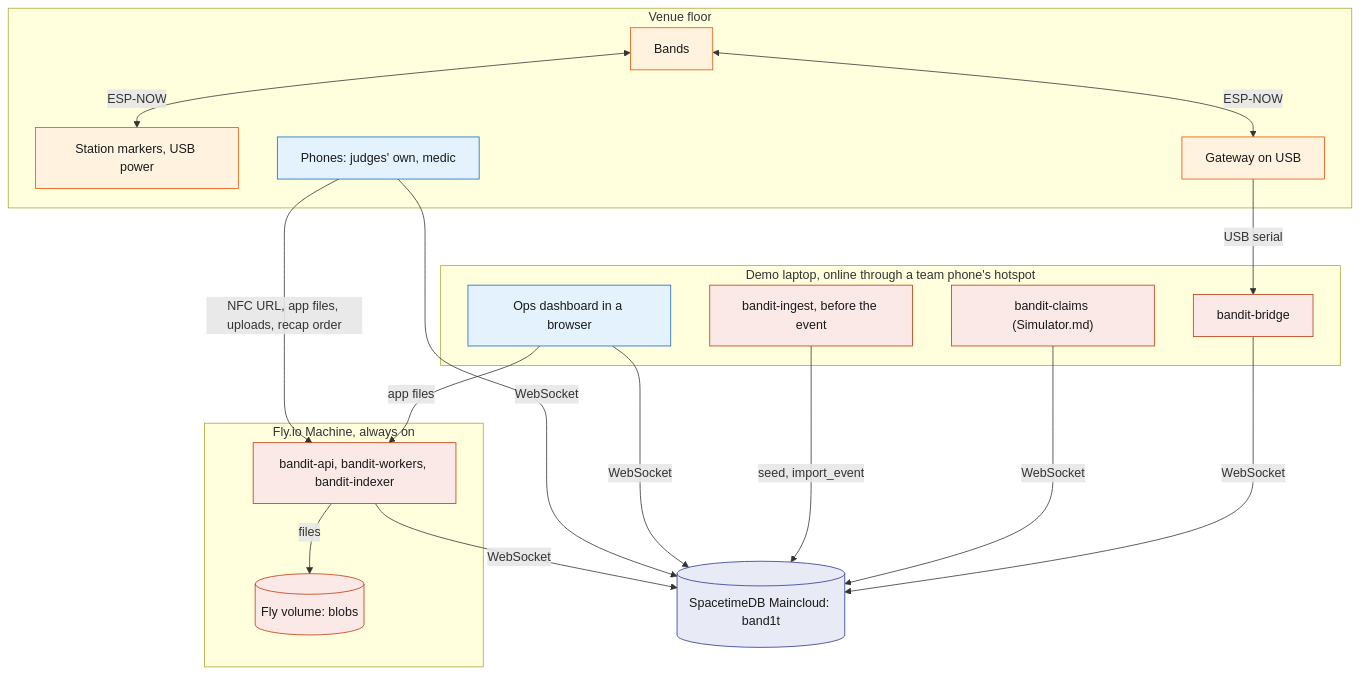
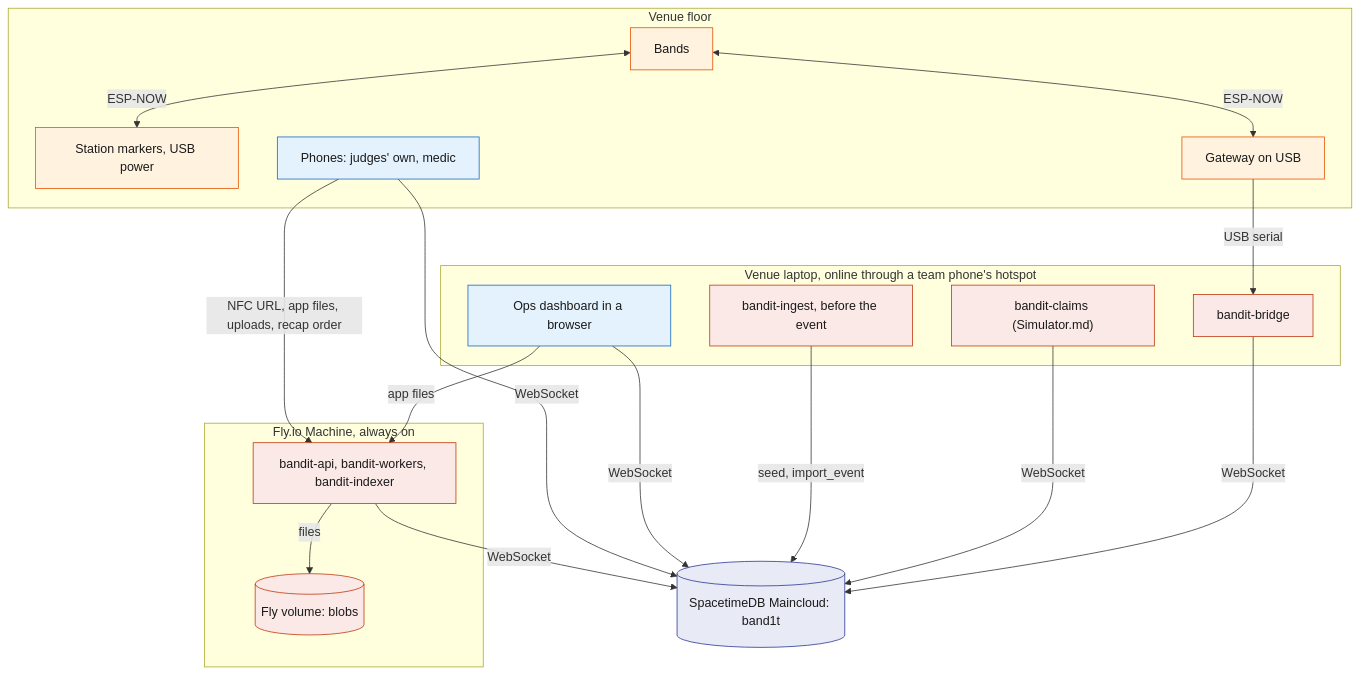
One commit to viktorinkov/cal-hacks-13 changed the fifth of 5 diagrams in System Design/1-overview/Architecture.md. Above: the diagram before and after it, drawn with Mermaid. The commit also changed other lines of this file and 22 other files, not shown here.

````diff
--- a/System Design/1-overview/Architecture.md
+++ b/System Design/1-overview/Architecture.md
@@ -276,42 +276,42 @@
 ```mermaid
 flowchart TB
   subgraph Floor["Venue floor"]
     Bands["Bands"]
     Stations["Station markers, USB power"]
     Gateway["Gateway on USB"]
     Phones["Phones: judges' own, medic"]
   end
-  subgraph Laptop["Demo laptop, online through a team phone's hotspot"]
+  subgraph Laptop["Venue laptop, online through a team phone's hotspot"]
     Bridge["bandit-bridge"]
     Sim["bandit-claims (Simulator.md)"]
     Ingest["bandit-ingest, before the event"]
     OpsUI["Ops dashboard in a browser"]
   end
   subgraph Fly["Fly.io Machine, always on"]
     Svc["bandit-api, bandit-workers, bandit-indexer"]
     Vol[("Fly volume: blobs")]
   end
   Maincloud[("SpacetimeDB Maincloud: band1t")]
 
   Bands <-->|"ESP-NOW"| Stations
   Bands <-->|"ESP-NOW"| Gateway
   Gateway -->|"USB serial"| Bridge
   Bridge -->|"WebSocket"| Maincloud
   Sim -->|"WebSocket"| Maincloud
   Ingest -->|"seed, import_event"| Maincloud
   OpsUI -->|"WebSocket"| Maincloud
   OpsUI -->|"app files"| Svc
   Phones -->|"NFC URL, app files, uploads, recap order"| Svc
   Phones -->|"WebSocket"| Maincloud
   Svc -->|"WebSocket"| Maincloud
   Svc -->|"files"| Vol
 
   classDef device fill:#FFF3E0,stroke:#E65100,color:#1A1A1A
   classDef rust fill:#FBE9E7,stroke:#BF360C,color:#1A1A1A
   classDef stdb fill:#E8EAF6,stroke:#283593,color:#1A1A1A
   classDef web fill:#E3F2FD,stroke:#1565C0,color:#1A1A1A
   class Bands,Stations,Gateway device
   class Bridge,Sim,Ingest,Svc,Vol rust
   class Maincloud stdb
   class Phones,OpsUI web
 ```
````
